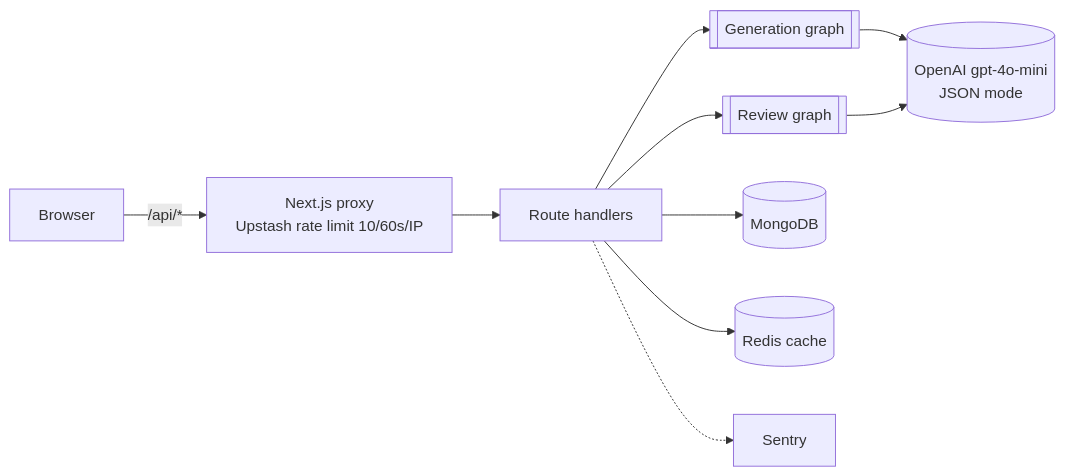
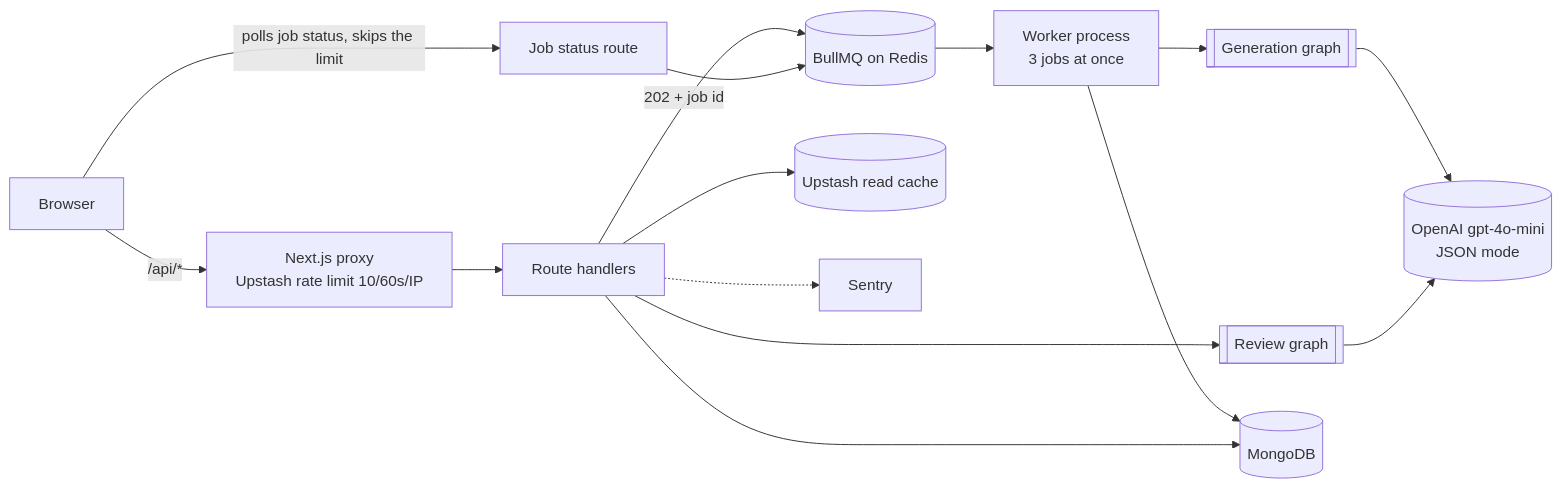
Before and after one commit to vini1237777/TestMind: the first of 2 diagrams in README.md, drawn with Mermaid. The commit also changed other lines of this file, not shown here.

First line of the commit message:
docs(readme): move architecture diagram to the top and document the queue

````diff
--- a/README.md
+++ b/README.md
@@ -33,12 +19,17 @@
 ```mermaid
 flowchart LR
-  B[Browser] -->|/api/*| P[Next.js proxy<br/>Upstash rate limit 10/60s/IP]
+  B[Browser] -->|"/api/*"| P["Next.js proxy<br/>Upstash rate limit 10/60s/IP"]
+  B -->|"polls job status, skips the limit"| S[Job status route]
   P --> R[Route handlers]
-  R --> G1[[Generation graph]]
+  R -->|"202 + job id"| Q[("BullMQ on Redis")]
+  S --> Q
+  Q --> W["Worker process<br/>3 jobs at once"]
+  W --> G1[[Generation graph]]
   R --> G2[[Review graph]]
-  G1 --> O[(OpenAI gpt-4o-mini<br/>JSON mode)]
+  G1 --> O[("OpenAI gpt-4o-mini<br/>JSON mode")]
   G2 --> O
-  R --> M[(MongoDB)]
-  R --> C[(Redis cache)]
-  R -.-> S[Sentry]
+  W --> M[(MongoDB)]
+  R --> M
+  R --> C[("Upstash read cache")]
+  R -.-> E[Sentry]
 ```
````
